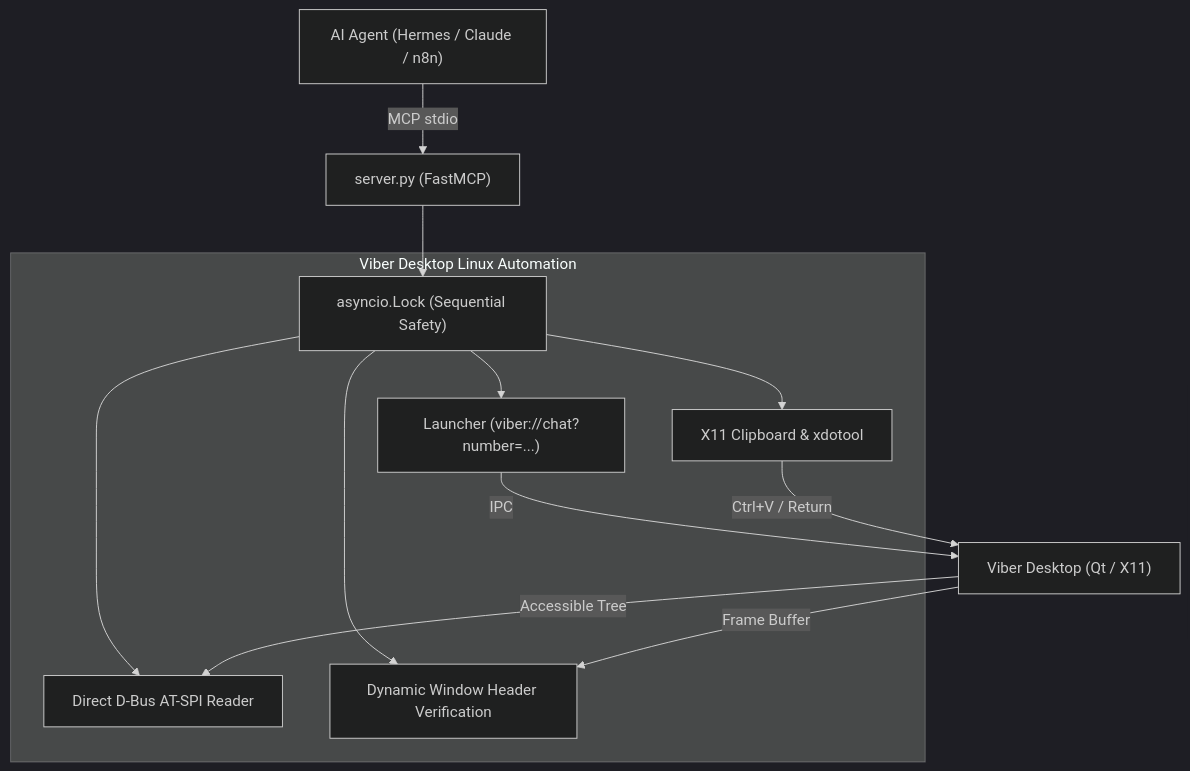
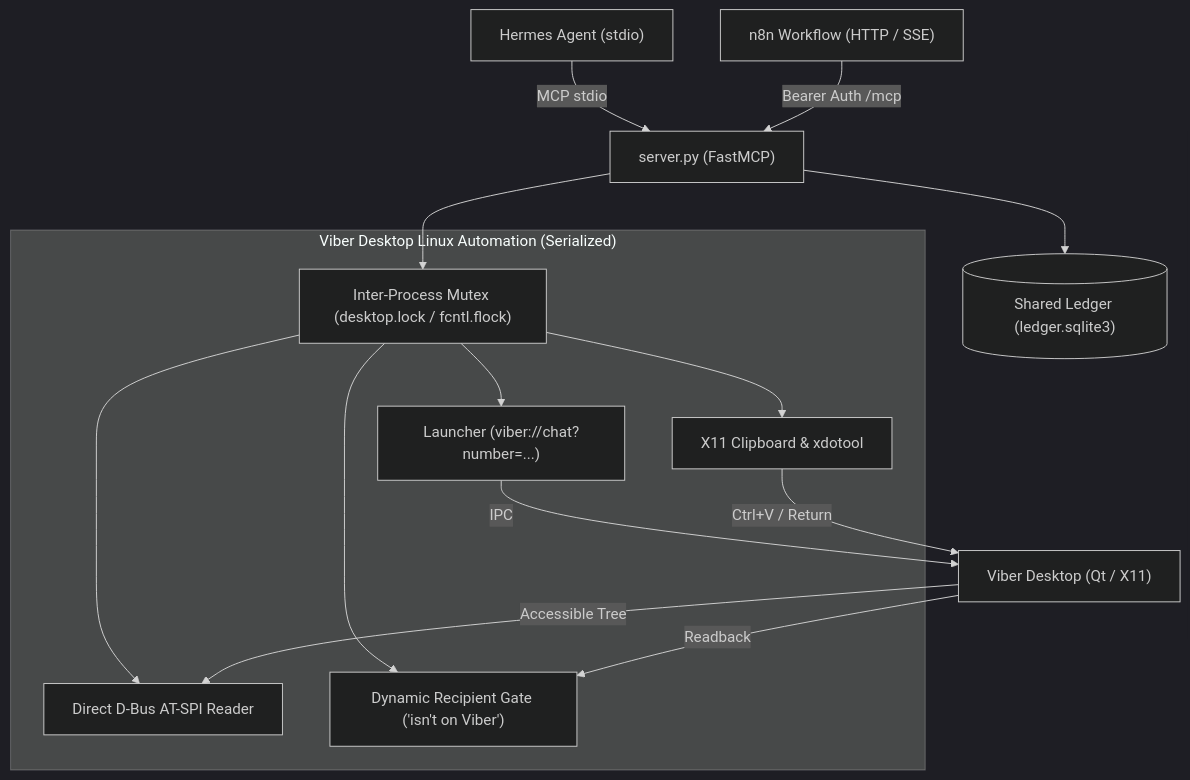
Before and after one commit to vivajarvis777-dev/viber-mcp-linux: the diagram in README.md, drawn with Mermaid (dark theme). The commit also changed other lines of this file and 5 other files, not shown here.

First line of the commit message:
feat(server): consolidate Viber MCP into single server for Hermes and n8n

````diff
--- a/README.md
+++ b/README.md
@@ -212,17 +216,20 @@
 ```mermaid
 flowchart TD
-    Agent["AI Agent (Hermes / Claude / n8n)"] -->|MCP stdio| Server["server.py (FastMCP)"]
-    Server --> Lock["asyncio.Lock (Sequential Safety)"]
+    Hermes["Hermes Agent (stdio)"] -->|MCP stdio| Server["server.py (FastMCP)"]
+    N8N["n8n Workflow (HTTP / SSE)"] -->|Bearer Auth /mcp| Server
     
-    subgraph Viber_Linux_Automation ["Viber Desktop Linux Automation"]
-        Lock --> Launcher["Launcher (viber://chat?number=...)"]
-        Lock --> ATSPI["Direct D-Bus AT-SPI Reader"]
-        Lock --> X11Input["X11 Clipboard & xdotool"]
-        Lock --> VisualCheck["Dynamic Window Header Verification"]
+    Server --> FlockMutex["Inter-Process Mutex (desktop.lock / fcntl.flock)"]
+    Server --> SharedLedger[("Shared Ledger (ledger.sqlite3)")]
+    
+    subgraph Viber_Linux_Automation ["Viber Desktop Linux Automation (Serialized)"]
+        FlockMutex --> Launcher["Launcher (viber://chat?number=...)"]
+        FlockMutex --> ATSPI["Direct D-Bus AT-SPI Reader"]
+        FlockMutex --> X11Input["X11 Clipboard & xdotool"]
+        FlockMutex --> RecipientGate["Dynamic Recipient Gate ('isn't on Viber')"]
     end
     
     Launcher -->|IPC| ViberApp["Viber Desktop (Qt / X11)"]
     X11Input -->|Ctrl+V / Return| ViberApp
     ViberApp -->|Accessible Tree| ATSPI
-    ViberApp -->|Frame Buffer| VisualCheck
+    ViberApp -->|Readback| RecipientGate
 ```
````
